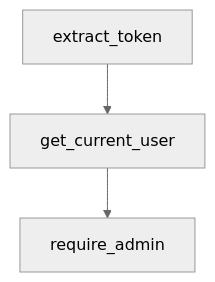
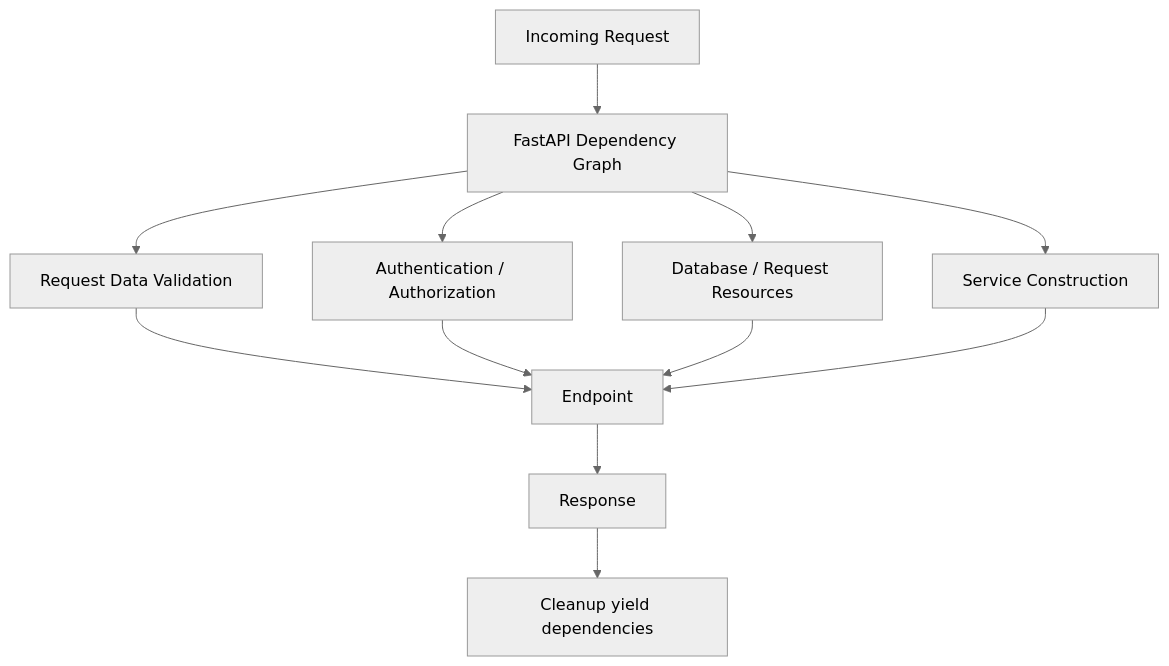
One commit to AvadhBhalodiya/Interview-Preparation changed diagram 11 of 11 in src/content/fastapi/dependency-injection-depends.md. Above: the diagram before and after it, drawn with Mermaid (neutral theme). The commit also changed other lines of this file and 80 other files, not shown here.

````diff
--- a/src/content/fastapi/dependency-injection-depends.md
+++ b/src/content/fastapi/dependency-injection-depends.md
@@ -1333,5 +861,14 @@
 ```mermaid
 flowchart TD
-    A[extract_token] --> B[get_current_user]
-    B --> C[require_admin]
+    A[Incoming Request] --> B[FastAPI Dependency Graph]
+    B --> C[Request Data Validation]
+    B --> D[Authentication / Authorization]
+    B --> E[Database / Request Resources]
+    B --> F[Service Construction]
+    C --> G[Endpoint]
+    D --> G
+    E --> G
+    F --> G
+    G --> H[Response]
+    H --> I[Cleanup yield dependencies]
 ```
````
